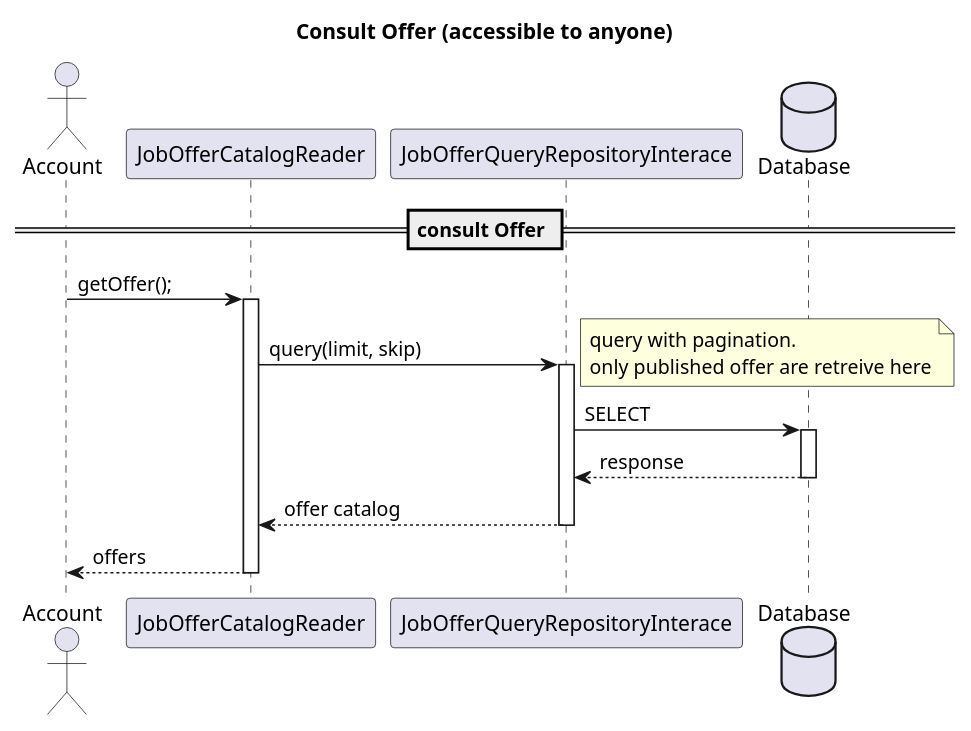
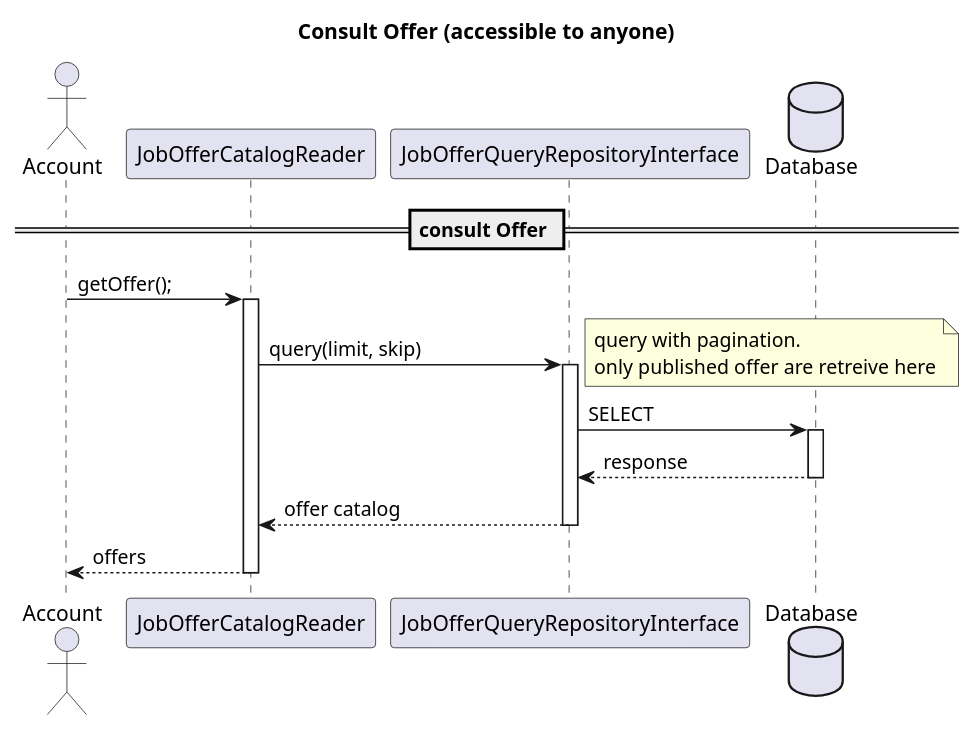
One commit to Spriggan-Team/HiringForge changed the diagram in backend/ressources/modeling/sequences/consult.offer.puml. Above: the diagram before and after it, drawn with PlantUML. The commit also changed 40 other files, not shown here.

```diff
--- a/backend/ressources/modeling/sequences/consult.offer.puml
+++ b/backend/ressources/modeling/sequences/consult.offer.puml
@@ -1,42 +1,42 @@
 @startuml
 
 title "Consult Offer (accessible to anyone)"
 
 == consult Offer ==
 
 'Describe all user in one
 actor Account 
 'Participants
 participant JobOfferCatalogReader
-participant JobOfferQueryRepositoryInterace
+participant JobOfferQueryRepositoryInterface
 'Bdd
 Database Database
 
 'Treatment...
 
 'Checck auth
 Account -> JobOfferCatalogReader : getOffer();
 activate JobOfferCatalogReader
 
 
 'Execute Query (Pagination)
-JobOfferCatalogReader -> JobOfferQueryRepositoryInterace : query(limit, skip)
-activate JobOfferQueryRepositoryInterace
+JobOfferCatalogReader -> JobOfferQueryRepositoryInterface : query(limit, skip)
+activate JobOfferQueryRepositoryInterface
 note right
     query with pagination.
     only published offer are retreive here
 end note
 
-JobOfferQueryRepositoryInterace -> Database : SELECT
+JobOfferQueryRepositoryInterface -> Database : SELECT
 activate Database
-Database --> JobOfferQueryRepositoryInterace : response  
+Database --> JobOfferQueryRepositoryInterface : response  
 deactivate Database
 
 'User response
-JobOfferQueryRepositoryInterace --> JobOfferCatalogReader : offer catalog
-deactivate JobOfferQueryRepositoryInterace
+JobOfferQueryRepositoryInterface --> JobOfferCatalogReader : offer catalog
+deactivate JobOfferQueryRepositoryInterface
 JobOfferCatalogReader --> Account : offers
 deactivate JobOfferCatalogReader
 
 
 @enduml
```
